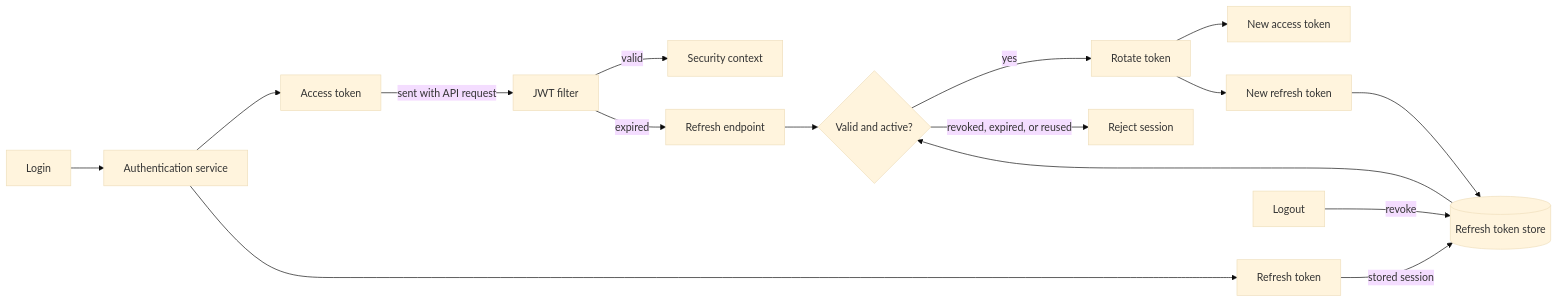
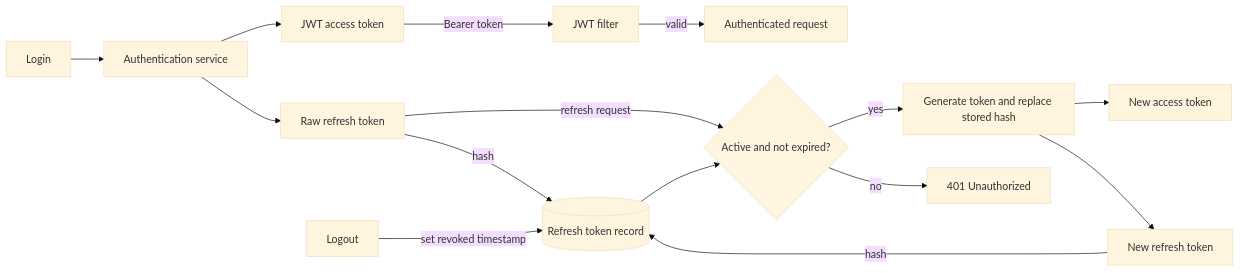
One commit to 1z0t3r1k/Awake changed the second of 2 diagrams in README.md. Above: the diagram before and after it, drawn with Mermaid (base theme). The commit also changed other lines of this file, not shown here.

````diff
--- a/README.md
+++ b/README.md
@@ -101,22 +80,21 @@
 ```mermaid
 flowchart LR
     Login[Login] --> Auth[Authentication service]
-    Auth --> Access[Access token]
-    Auth --> Refresh[Refresh token]
+    Auth --> Access[JWT access token]
+    Auth --> RawRefresh[Raw refresh token]
 
-    Access -->|sent with API request| Filter[JWT filter]
-    Filter -->|valid| Context[Security context]
-    Filter -->|expired| Renew[Refresh endpoint]
+    Access -->|Bearer token| JwtFilter[JWT filter]
+    JwtFilter -->|valid| Request[Authenticated request]
 
-    Refresh -->|stored session| TokenStore[(Refresh token store)]
-    Renew --> Validate{Valid and active?}
-    TokenStore --> Validate
+    RawRefresh -->|hash| Stored[(Refresh token record)]
+    RawRefresh -->|refresh request| Validate{Active and not expired?}
+    Stored --> Validate
 
-    Validate -->|yes| Rotate[Rotate token]
+    Validate -->|yes| Rotate[Generate token and replace stored hash]
     Rotate --> NewAccess[New access token]
     Rotate --> NewRefresh[New refresh token]
-    NewRefresh --> TokenStore
+    NewRefresh -->|hash| Stored
 
-    Validate -->|revoked, expired, or reused| Reject[Reject session]
-    Logout[Logout] -->|revoke| TokenStore
+    Validate -->|no| Unauthorized[401 Unauthorized]
+    Logout[Logout] -->|set revoked timestamp| Stored
 ```
````
